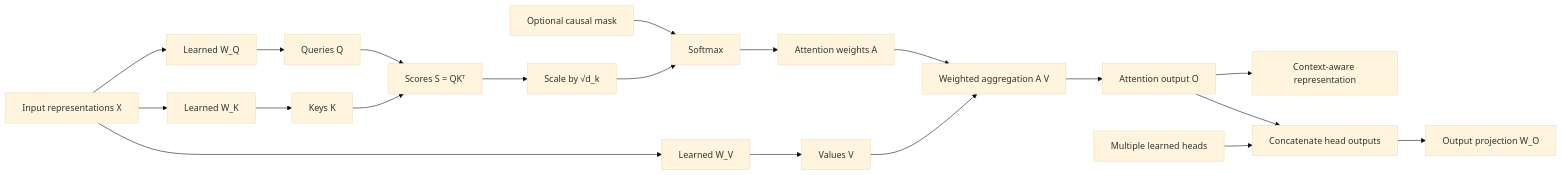
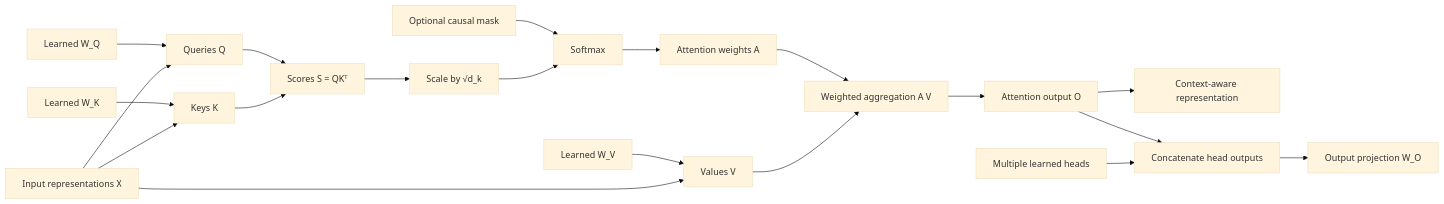
Before and after one commit to JM-Brun/llm-lab: the first of 2 diagrams in docs/source-reviews/qkv-learning-graph-comparison-2026-11.md, drawn with Mermaid (base theme).

Commit message:
Clarify source projection graph edges

````diff
--- a/docs/source-reviews/qkv-learning-graph-comparison-2026-11.md
+++ b/docs/source-reviews/qkv-learning-graph-comparison-2026-11.md
@@ -25,23 +25,23 @@
 ```mermaid
 flowchart LR
     X["Input representations X"]
     WQ["Learned W_Q"] --> Q["Queries Q"]
     WK["Learned W_K"] --> K["Keys K"]
     WV["Learned W_V"] --> V["Values V"]
-    X --> WQ
-    X --> WK
-    X --> WV
+    X --> Q
+    X --> K
+    X --> V
     Q --> S["Scores S = QKᵀ"]
     K --> S
     S --> SCALE["Scale by √d_k"]
     MASK["Optional causal mask"] --> SOFTMAX["Softmax"]
     SCALE --> SOFTMAX
     SOFTMAX --> A["Attention weights A"]
     A --> AGG["Weighted aggregation A V"]
     V --> AGG
     AGG --> O["Attention output O"]
     O --> H["Context-aware representation"]
     O --> CONCAT["Concatenate head outputs"]
     HEADS["Multiple learned heads"] --> CONCAT
     CONCAT --> WO["Output projection W_O"]
 ```
````
